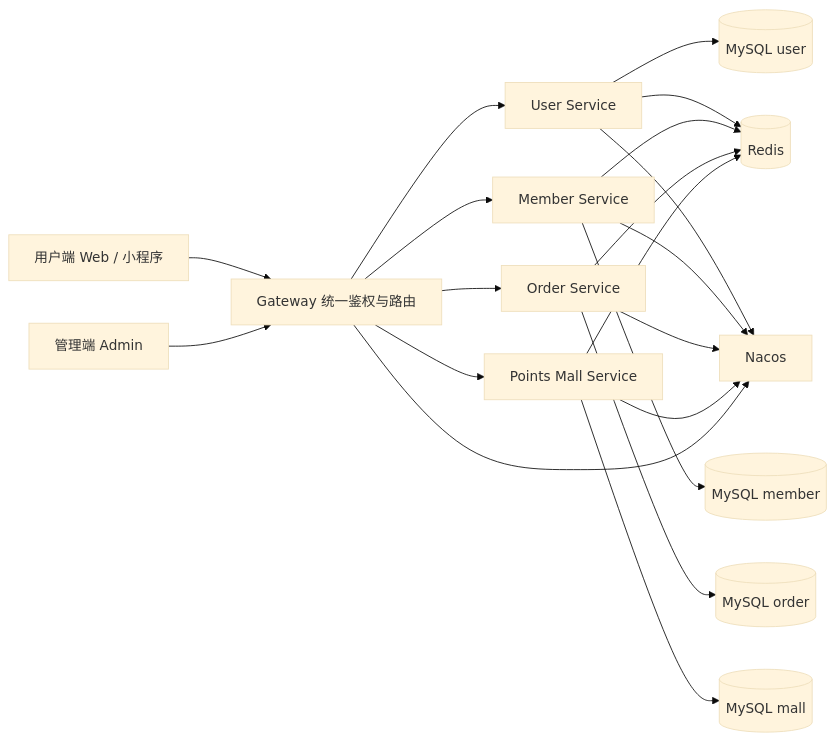
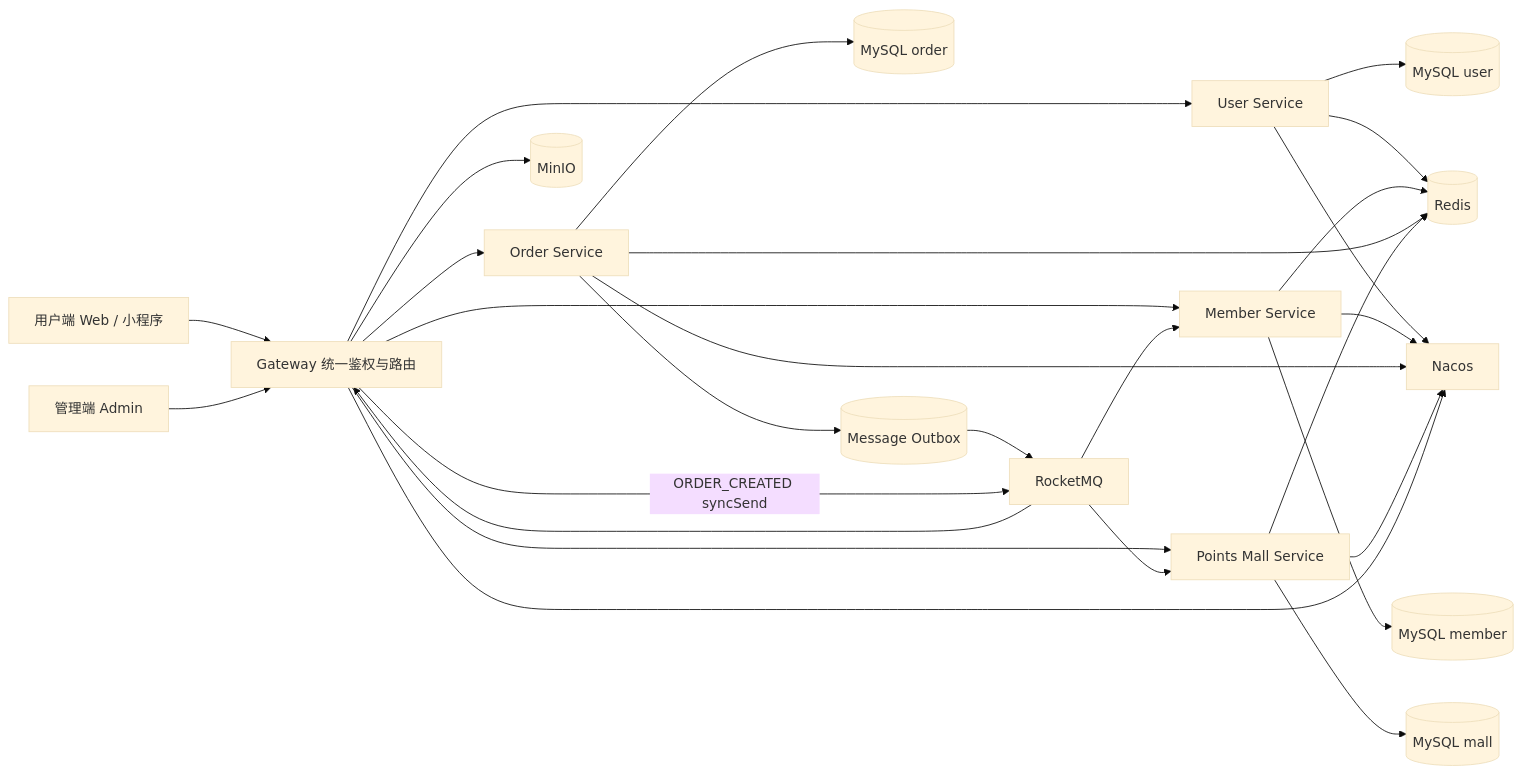
Before and after one commit to Lstarxing/cozy-coffee: the first of 4 diagrams in README.md, drawn with Mermaid (base theme). The commit also changed other lines of this file and 4 other files, not shown here.

````diff
--- a/README.md
+++ b/README.md
@@ -58,26 +58,35 @@
 ```mermaid
 flowchart LR
     U[用户端 Web / 小程序] --> G[Gateway 统一鉴权与路由]
     A[管理端 Admin] --> G
 
     G --> US[User Service]
     G --> MS[Member Service]
     G --> OS[Order Service]
     G --> PS[Points Mall Service]
 
     US --> MYSQL1[(MySQL user)]
     MS --> MYSQL2[(MySQL member)]
     OS --> MYSQL3[(MySQL order)]
     PS --> MYSQL4[(MySQL mall)]
 
+    OS --> OUTBOX[(Message Outbox)]
+    OUTBOX --> MQ[RocketMQ]
+    G -->|ORDER_CREATED syncSend| MQ
+    MQ --> G
+    MQ --> MS
+    MQ --> PS
+
+    G --> MINIO[(MinIO)]
+
     US --> R[(Redis)]
     MS --> R
     OS --> R
     PS --> R
 
     US --> N[Nacos]
     MS --> N
     OS --> N
     PS --> N
     G --> N
 ```
````
